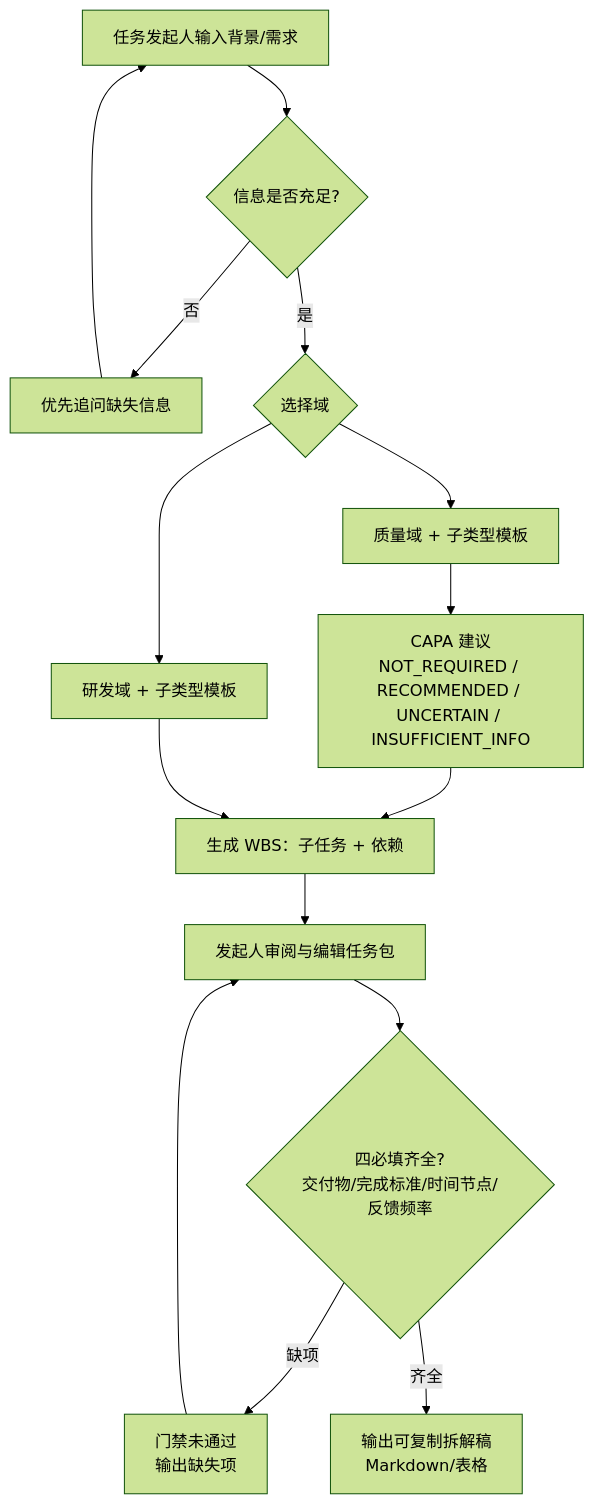
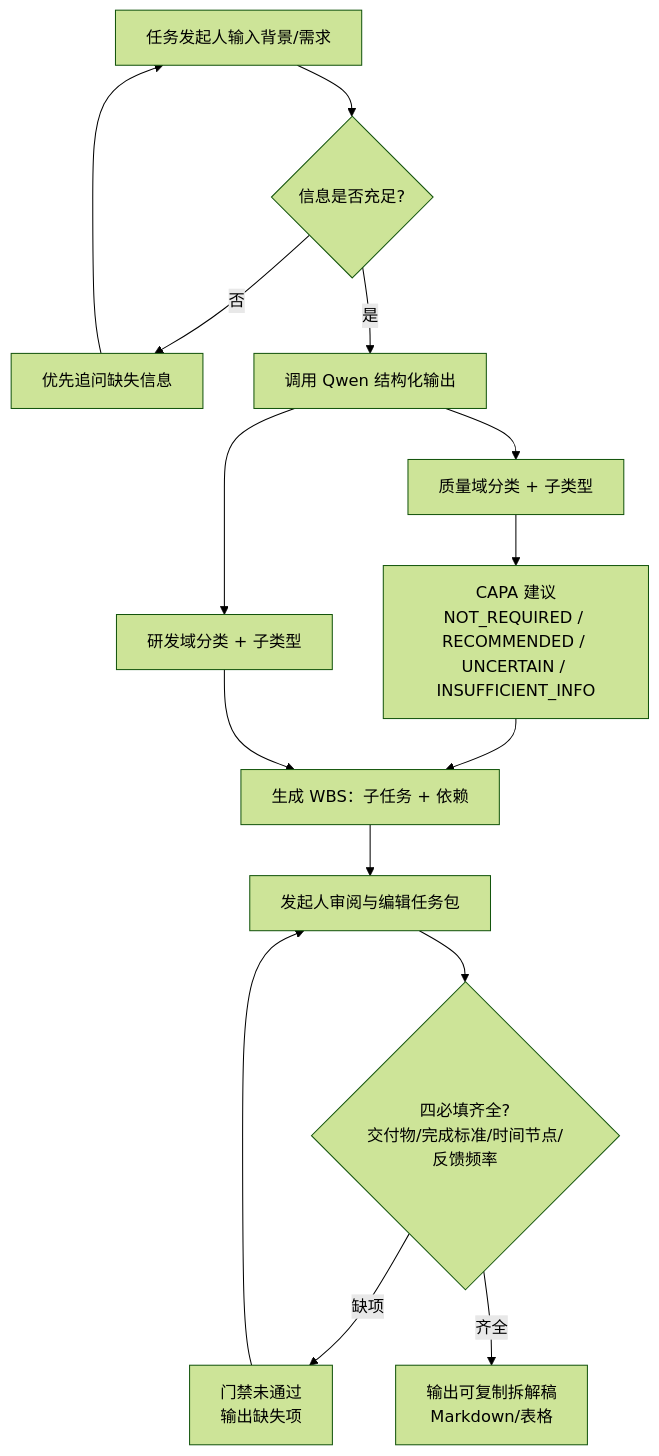
Before and after one commit to LeoHimself10/manage_robot: the second of 7 diagrams in docs/PRD-钉钉任务规划与承接确认机器人-场景流程图.md, drawn with Mermaid (forest theme). The commit also changed other lines of this file and 5 other files, not shown here.

````diff
--- a/docs/PRD-钉钉任务规划与承接确认机器人-场景流程图.md
+++ b/docs/PRD-钉钉任务规划与承接确认机器人-场景流程图.md
@@ -33,17 +33,17 @@
 ```mermaid
 flowchart TD
   S[任务发起人输入背景/需求] --> Q{信息是否充足?}
   Q -->|否| R[优先追问缺失信息]
   R --> S
-  Q -->|是| T{选择域}
-  T --> TQ[质量域 + 子类型模板]
-  T --> TR[研发域 + 子类型模板]
+  Q -->|是| T[调用 Qwen 结构化输出]
+  T --> TQ[质量域分类 + 子类型]
+  T --> TR[研发域分类 + 子类型]
   TQ --> CAPA[CAPA 建议<br/>NOT_REQUIRED / RECOMMENDED / UNCERTAIN / INSUFFICIENT_INFO]
   CAPA --> W[生成 WBS：子任务 + 依赖]
   TR --> W
   W --> REV[发起人审阅与编辑任务包]
   REV --> G4{四必填齐全?<br/>交付物/完成标准/时间节点/反馈频率}
   G4 -->|缺项| BLOCK[门禁未通过<br/>输出缺失项]
   BLOCK --> REV
   G4 -->|齐全| OUT[输出可复制拆解稿<br/>Markdown/表格]
 ```
````
